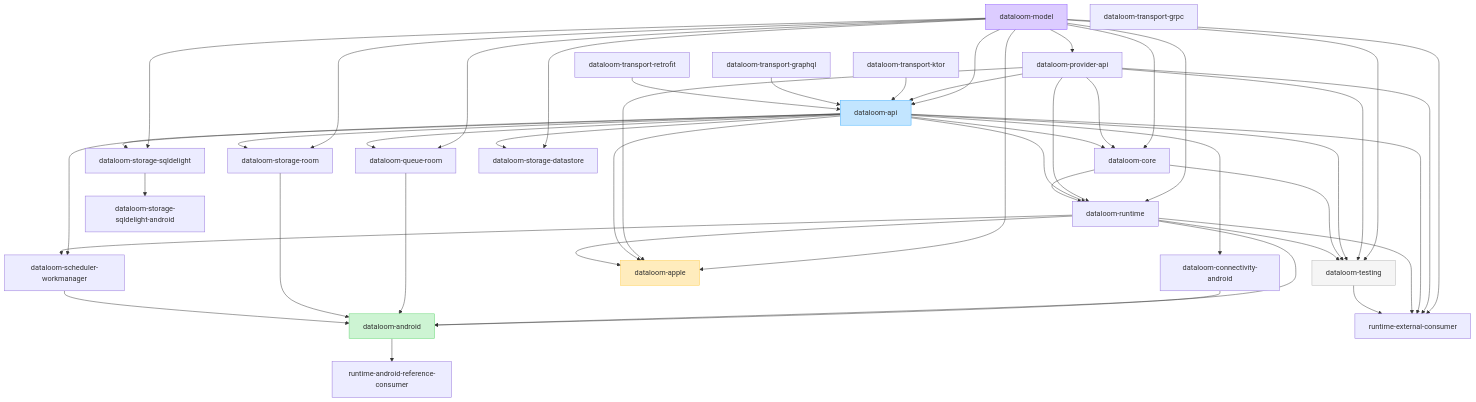
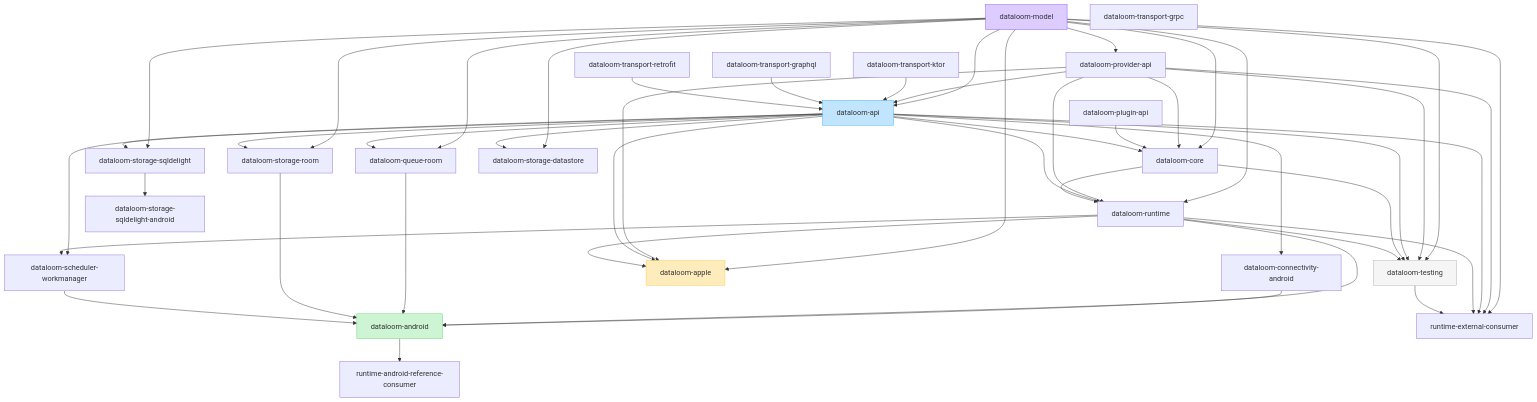
One commit to dataloom-sdk/dataloom changed the diagram in docs/architecture/modules.md. Above: the diagram before and after it, drawn with Mermaid. The commit also changed other lines of this file and 14 other files, not shown here.

````diff
--- a/docs/architecture/modules.md
+++ b/docs/architecture/modules.md
@@ -32,76 +32,78 @@
 ```mermaid
 flowchart TD
     model[dataloom-model]
     providerApi[dataloom-provider-api]
+    pluginApi[dataloom-plugin-api]
     api[dataloom-api]
     core[dataloom-core]
     runtime[dataloom-runtime]
     sqldelight[dataloom-storage-sqldelight]
     testing[dataloom-testing]
     ktor[dataloom-transport-ktor]
     graphql[dataloom-transport-graphql]
     grpc[dataloom-transport-grpc]
     retrofit[dataloom-transport-retrofit]
     connectivity[dataloom-connectivity-android]
     room[dataloom-queue-room]
     storageRoom[dataloom-storage-room]
     storageDatastore[dataloom-storage-datastore]
     sqldelightAndroid[dataloom-storage-sqldelight-android]
     work[dataloom-scheduler-workmanager]
     androidUmbrella[dataloom-android]
     apple[dataloom-apple]
     externalConsumer[runtime-external-consumer]
     androidConsumer[runtime-android-reference-consumer]
 
     model --> providerApi
     model --> api
     providerApi --> api
     model --> core
     providerApi --> core
+    pluginApi --> core
     api --> core
     model --> runtime
     providerApi --> runtime
     api --> runtime
     core --> runtime
     model --> testing
     providerApi --> testing
     api --> testing
     core --> testing
     runtime --> testing
     ktor --> api
     graphql --> api
     retrofit --> api
     api --> connectivity
     model --> room
     api --> room
     model --> sqldelight
     api --> sqldelight
     model --> storageRoom
     api --> storageRoom
     model --> storageDatastore
     api --> storageDatastore
     sqldelight --> sqldelightAndroid
     api --> work
     runtime --> work
     model --> apple
     providerApi --> apple
     api --> apple
     runtime --> apple
     model --> externalConsumer
     providerApi --> externalConsumer
     api --> externalConsumer
     runtime --> externalConsumer
     testing --> externalConsumer
     runtime --> androidUmbrella
     connectivity --> androidUmbrella
     room --> androidUmbrella
     storageRoom --> androidUmbrella
     work --> androidUmbrella
     androidUmbrella --> androidConsumer
 
     style model fill:#DCCCFF,stroke:#874FFF
     style api fill:#C2E5FF,stroke:#3DADFF
     style testing fill:#F5F5F5,stroke:#B3B3B3
     style apple fill:#FFECBD,stroke:#FFC943
     style androidUmbrella fill:#CDF4D3,stroke:#66D575
 ```
````
